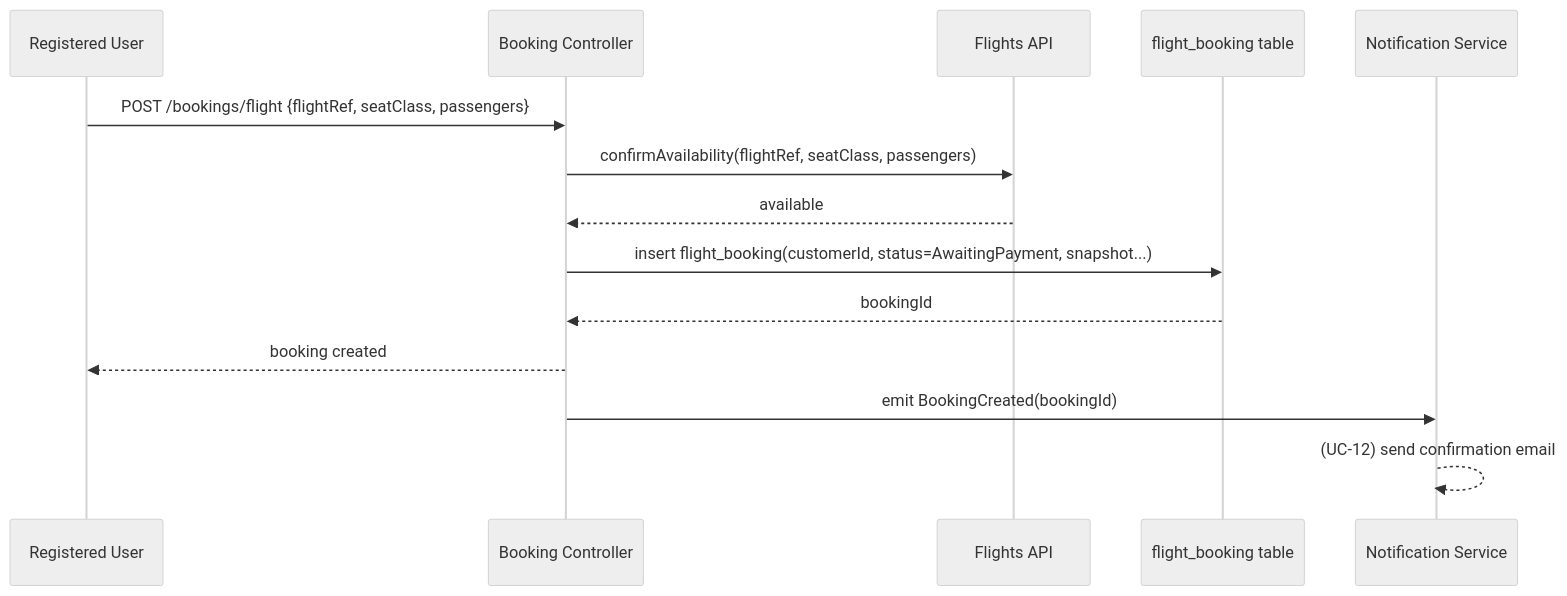
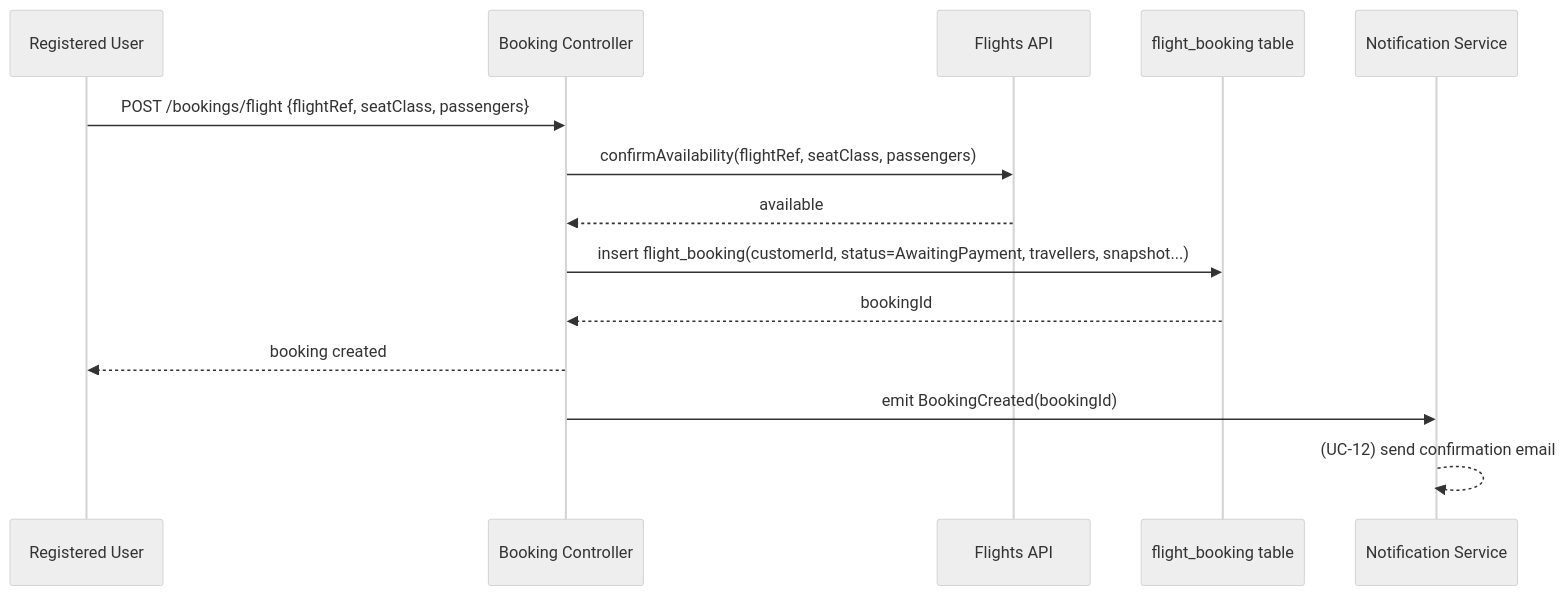
Before and after one commit to Backend-Mentor-ORG/booking: the second of 3 diagrams in diagrams/UC-11-book-flight.md, drawn with Mermaid (neutral theme). The commit also changed other lines of this file and 5 other files, not shown here.

First line of the commit message:
Sync UC diagrams with the compound cache key and travellers JSONB decisions

````diff
--- a/diagrams/UC-11-book-flight.md
+++ b/diagrams/UC-11-book-flight.md
@@ -21,17 +21,17 @@
 ```mermaid
 sequenceDiagram
   participant U as Registered User
   participant API as Booking Controller
   participant Ext as Flights API
   participant DB as flight_booking table
   participant N as Notification Service
 
   U->>API: POST /bookings/flight {flightRef, seatClass, passengers}
   API->>Ext: confirmAvailability(flightRef, seatClass, passengers)
   Ext-->>API: available
-  API->>DB: insert flight_booking(customerId, status=AwaitingPayment, snapshot...)
+  API->>DB: insert flight_booking(customerId, status=AwaitingPayment, travellers, snapshot...)
   DB-->>API: bookingId
   API-->>U: booking created
   API->>N: emit BookingCreated(bookingId)
   N-->>N: (UC-12) send confirmation email
 ```
````
